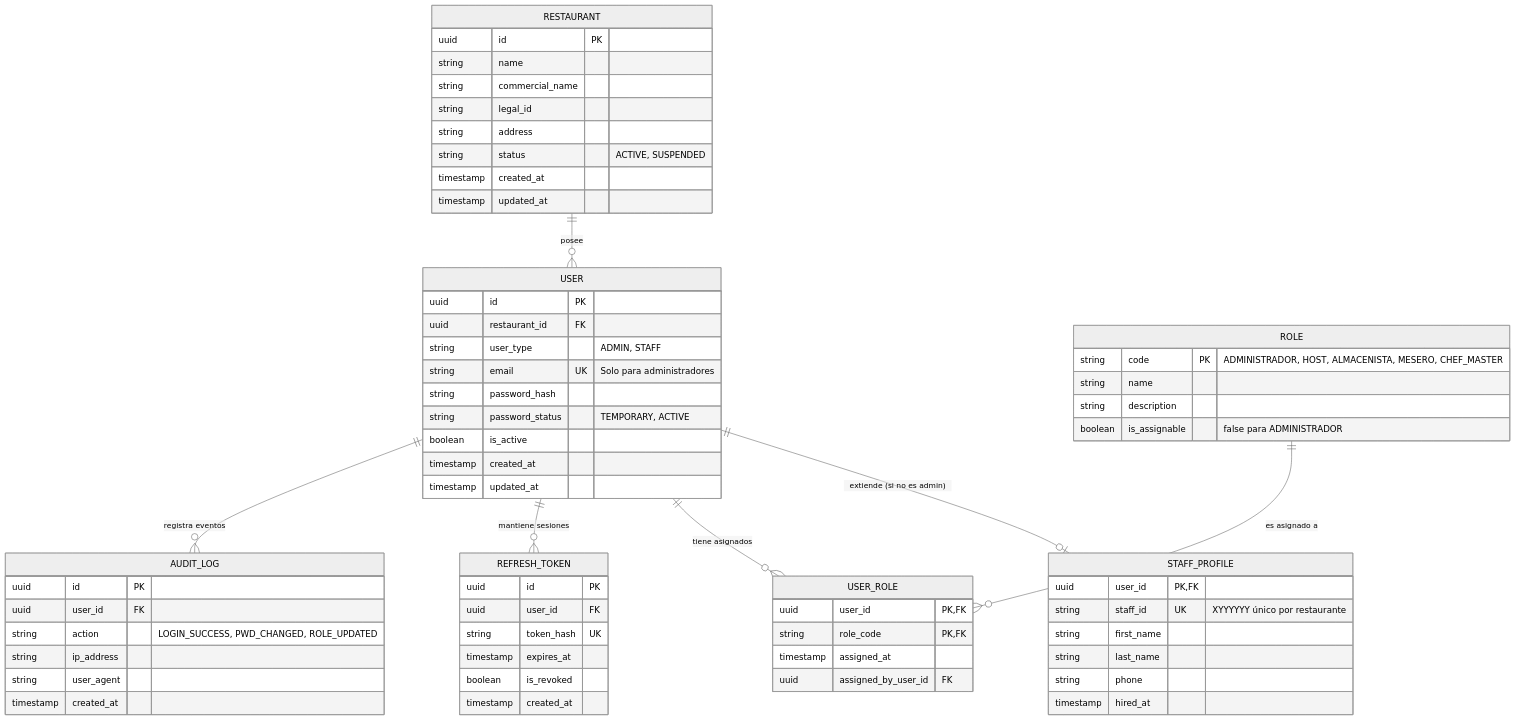
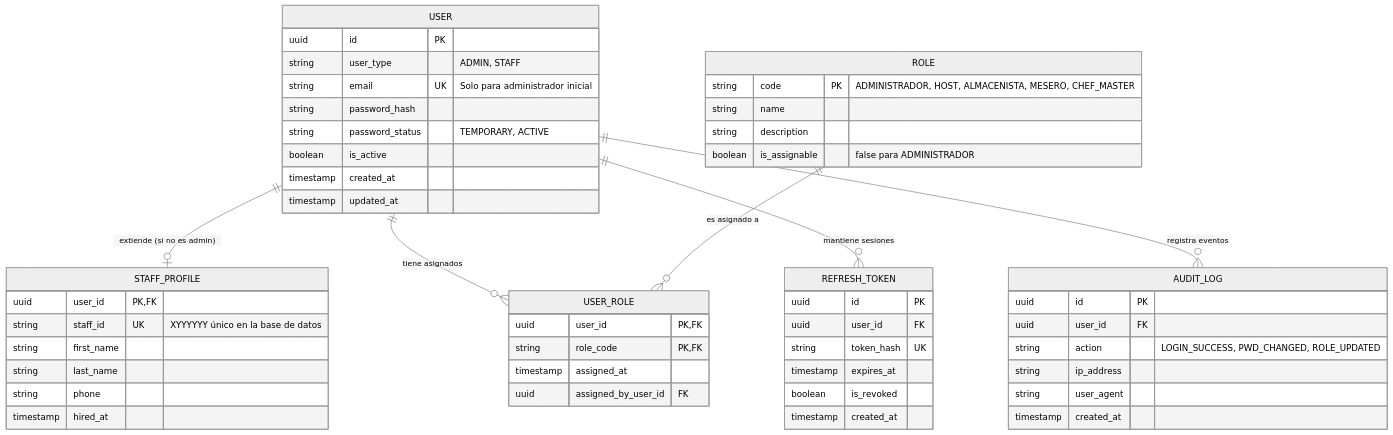
One commit to FMAT-Restaurant/Auth-Documentation changed the second of 3 diagrams in output/ers/architecture.md. Above: the diagram before and after it, drawn with Mermaid (neutral theme). The commit also changed other lines of this file and 4 other files, not shown here.

Commit message:
docs: formalize single-tenant soft-restaurant architecture, profile edit restriction, and healthcheck

````diff
--- a/output/ers/architecture.md
+++ b/output/ers/architecture.md
@@ -115,73 +111,60 @@
 ```mermaid
 erDiagram
-    RESTAURANT ||--o{ USER : "posee"
     USER ||--o| STAFF_PROFILE : "extiende (si no es admin)"
     USER ||--o{ USER_ROLE : "tiene asignados"
     ROLE ||--o{ USER_ROLE : "es asignado a"
     USER ||--o{ REFRESH_TOKEN : "mantiene sesiones"
     USER ||--o{ AUDIT_LOG : "registra eventos"
 
-    RESTAURANT {
-        uuid id PK
-        string name
-        string commercial_name
-        string legal_id
-        string address
-        string status "ACTIVE, SUSPENDED"
-        timestamp created_at
-        timestamp updated_at
-    }
-
     USER {
         uuid id PK
-        uuid restaurant_id FK
         string user_type "ADMIN, STAFF"
-        string email UK "Solo para administradores"
+        string email UK "Solo para administrador inicial"
         string password_hash
         string password_status "TEMPORARY, ACTIVE"
         boolean is_active
         timestamp created_at
         timestamp updated_at
     }
 
     STAFF_PROFILE {
         uuid user_id PK, FK
-        string staff_id UK "XYYYYYY único por restaurante"
+        string staff_id UK "XYYYYYY único en la base de datos"
         string first_name
         string last_name
         string phone
         timestamp hired_at
     }
 
     ROLE {
         string code PK "ADMINISTRADOR, HOST, ALMACENISTA, MESERO, CHEF_MASTER"
         string name
         string description
         boolean is_assignable "false para ADMINISTRADOR"
     }
 
     USER_ROLE {
         uuid user_id PK, FK
         string role_code PK, FK
         timestamp assigned_at
         uuid assigned_by_user_id FK
     }
 
     REFRESH_TOKEN {
         uuid id PK
         uuid user_id FK
         string token_hash UK
         timestamp expires_at
         boolean is_revoked
         timestamp created_at
     }
 
     AUDIT_LOG {
         uuid id PK
         uuid user_id FK
         string action "LOGIN_SUCCESS, PWD_CHANGED, ROLE_UPDATED"
         string ip_address
         string user_agent
         timestamp created_at
     }
 ```
````
